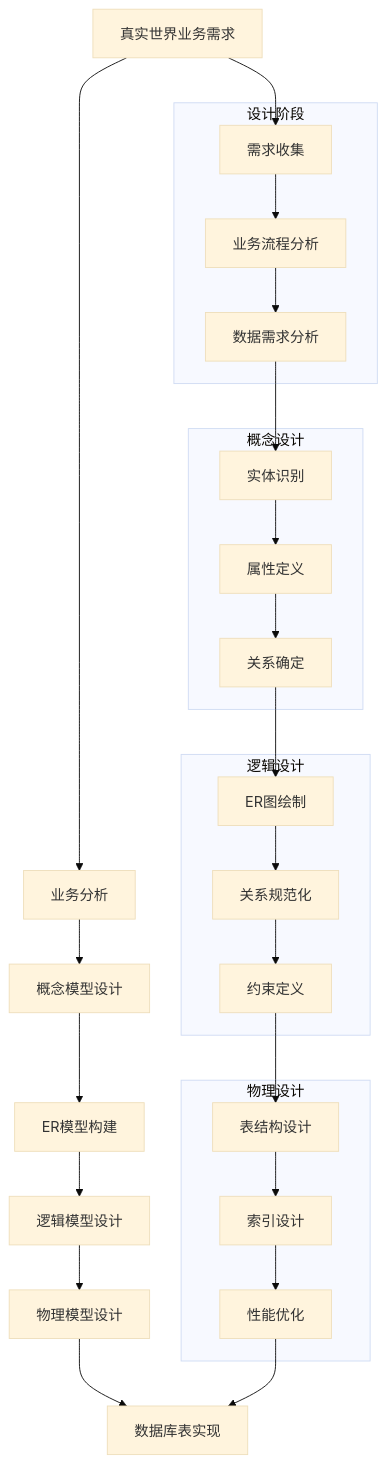
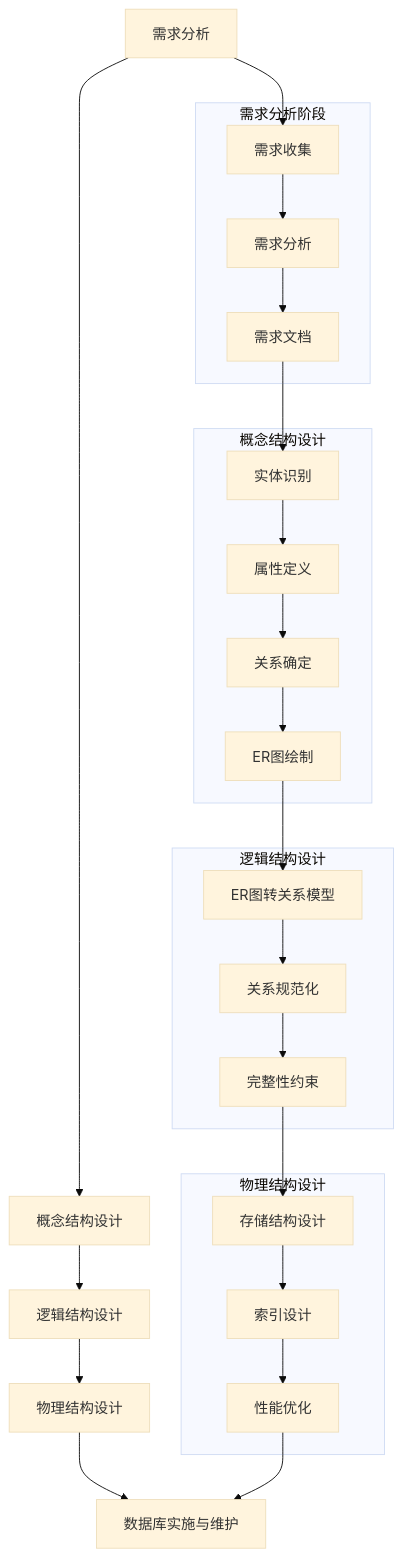
The first of 5 diagrams in DVD租赁数据库设计过程.md (mercuryhome/dvdrental-guide), drawn with Mermaid (base theme) before and after one commit. The commit also changed other lines of this file and 1 other file, not shown here.

````diff
--- a/DVD租赁数据库设计过程.md
+++ b/DVD租赁数据库设计过程.md
@@ -9,47 +12,47 @@
 ```mermaid
 flowchart TD
-    A[真实世界业务需求] --> B[业务分析]
-    B --> C[概念模型设计]
-    C --> D[ER模型构建]
-    D --> E[逻辑模型设计]
-    E --> F[物理模型设计]
-    F --> G[数据库表实现]
+    A[需求分析] --> B[概念结构设计]
+    B --> C[逻辑结构设计]
+    C --> D[物理结构设计]
+    D --> E[数据库实施与维护]
     
-    subgraph "设计阶段"
+    subgraph "需求分析阶段"
         A1[需求收集]
-        A2[业务流程分析]
-        A3[数据需求分析]
+        A2[需求分析]
+        A3[需求文档]
     end
     
-    subgraph "概念设计"
-        C1[实体识别]
-        C2[属性定义]
-        C3[关系确定]
+    subgraph "概念结构设计"
+        B1[实体识别]
+        B2[属性定义]
+        B3[关系确定]
+        B4[ER图绘制]
     end
     
-    subgraph "逻辑设计"
-        D1[ER图绘制]
-        D2[关系规范化]
-        D3[约束定义]
+    subgraph "逻辑结构设计"
+        C1[ER图转关系模型]
+        C2[关系规范化]
+        C3[完整性约束]
     end
     
-    subgraph "物理设计"
-        E1[表结构设计]
-        E2[索引设计]
-        E3[性能优化]
+    subgraph "物理结构设计"
+        D1[存储结构设计]
+        D2[索引设计]
+        D3[性能优化]
     end
     
     A --> A1
     A1 --> A2
     A2 --> A3
-    A3 --> C1
+    A3 --> B1
+    B1 --> B2
+    B2 --> B3
+    B3 --> B4
+    B4 --> C1
     C1 --> C2
     C2 --> C3
     C3 --> D1
     D1 --> D2
     D2 --> D3
-    D3 --> E1
-    E1 --> E2
-    E2 --> E3
-    E3 --> G
+    D3 --> E
 ```
````
